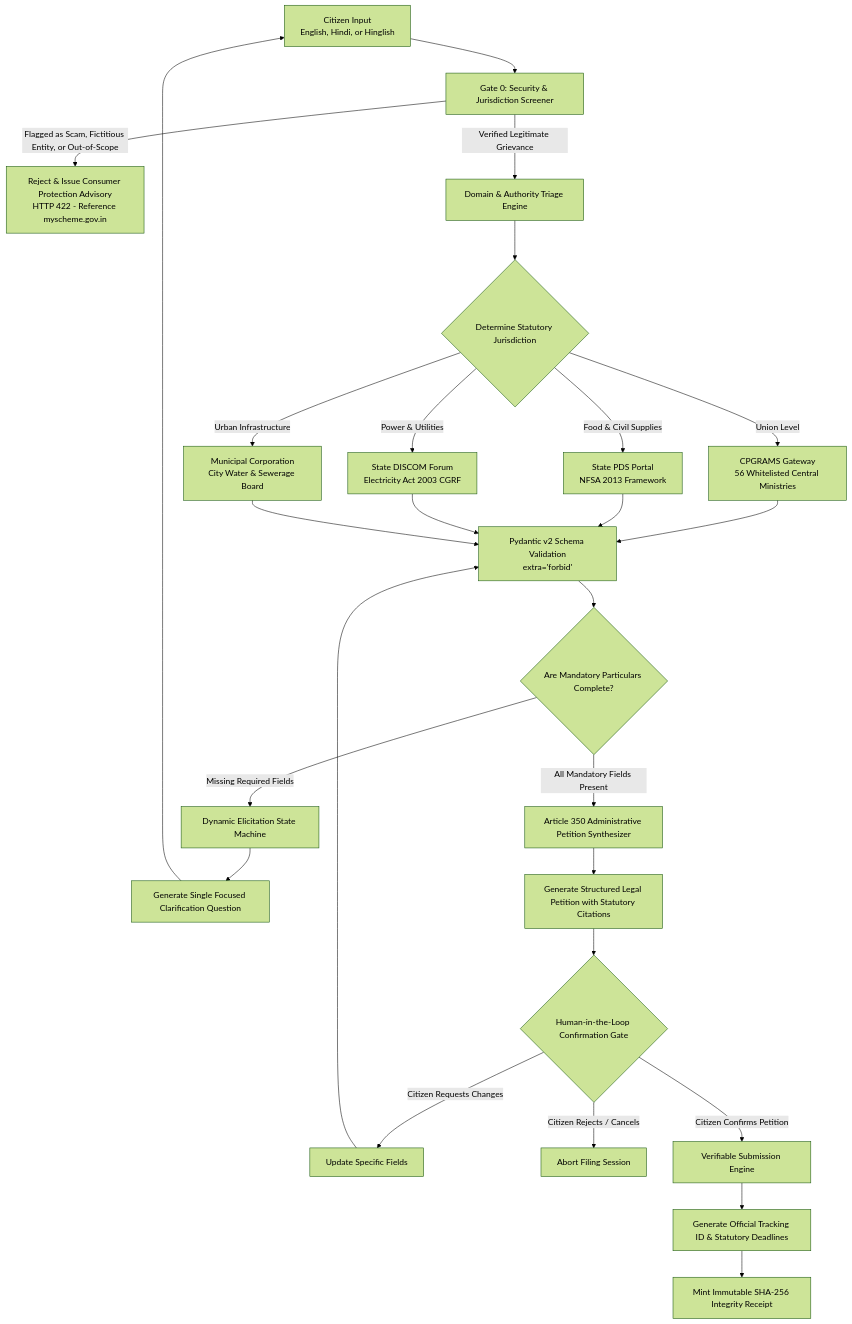
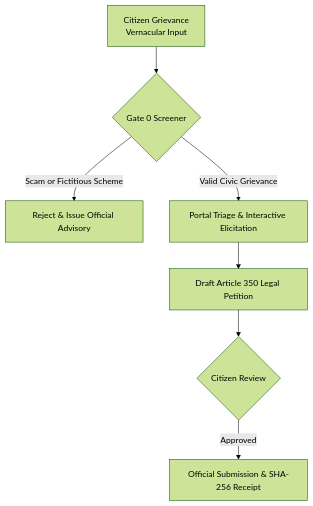
One commit to Dev-angPatil/Sahayta changed the diagram in README.md. Above: the diagram before and after it, drawn with Mermaid (forest theme). The commit also changed other lines of this file, not shown here.

Commit message:
docs: simplify agent decision-making flowchart to highlight core functioning

````diff
--- a/README.md
+++ b/README.md
@@ -30,34 +28,9 @@
 ```mermaid
 flowchart TD
-    A[Citizen Input\nEnglish, Hindi, or Hinglish] --> B[Gate 0: Security & Jurisdiction Screener]
-    
-    B -->|Flagged as Scam, Fictitious Entity, or Out-of-Scope| C[Reject & Issue Consumer Protection Advisory\nHTTP 422 - Reference myscheme.gov.in]
-    B -->|Verified Legitimate Grievance| D[Domain & Authority Triage Engine]
-    
-    D --> E{Determine Statutory Jurisdiction}
-    E -->|Union Level| F1[CPGRAMS Gateway\n56 Whitelisted Central Ministries]
-    E -->|Food & Civil Supplies| F2[State PDS Portal\nNFSA 2013 Framework]
-    E -->|Power & Utilities| F3[State DISCOM Forum\nElectricity Act 2003 CGRF]
-    E -->|Urban Infrastructure| F4[Municipal Corporation\nCity Water & Sewerage Board]
-    
-    F1 --> G[Pydantic v2 Schema Validation\nextra='forbid']
-    F2 --> G
-    F3 --> G
-    F4 --> G
-    
-    G --> H{Are Mandatory Particulars Complete?}
-    H -->|Missing Required Fields| I[Dynamic Elicitation State Machine]
-    I --> J[Generate Single Focused Clarification Question]
-    J --> A
-    
-    H -->|All Mandatory Fields Present| K[Article 350 Administrative Petition Synthesizer]
-    K --> L[Generate Structured Legal Petition with Statutory Citations]
-    
-    L --> M{Human-in-the-Loop Confirmation Gate}
-    M -->|Citizen Requests Changes| N[Update Specific Fields] --> G
-    M -->|Citizen Rejects / Cancels| O[Abort Filing Session]
-    M -->|Citizen Confirms Petition| P[Verifiable Submission Engine]
-    
-    P --> Q[Generate Official Tracking ID & Statutory Deadlines]
-    Q --> R[Mint Immutable SHA-256 Integrity Receipt]
+    A[Citizen Grievance\nVernacular Input] --> B{Gate 0 Screener}
+    B -->|Scam or Fictitious Scheme| C[Reject & Issue Official Advisory]
+    B -->|Valid Civic Grievance| D[Portal Triage & Interactive Elicitation]
+    D --> E[Draft Article 350 Legal Petition]
+    E --> F{Citizen Review}
+    F -->|Approved| G[Official Submission & SHA-256 Receipt]
 ```
````
